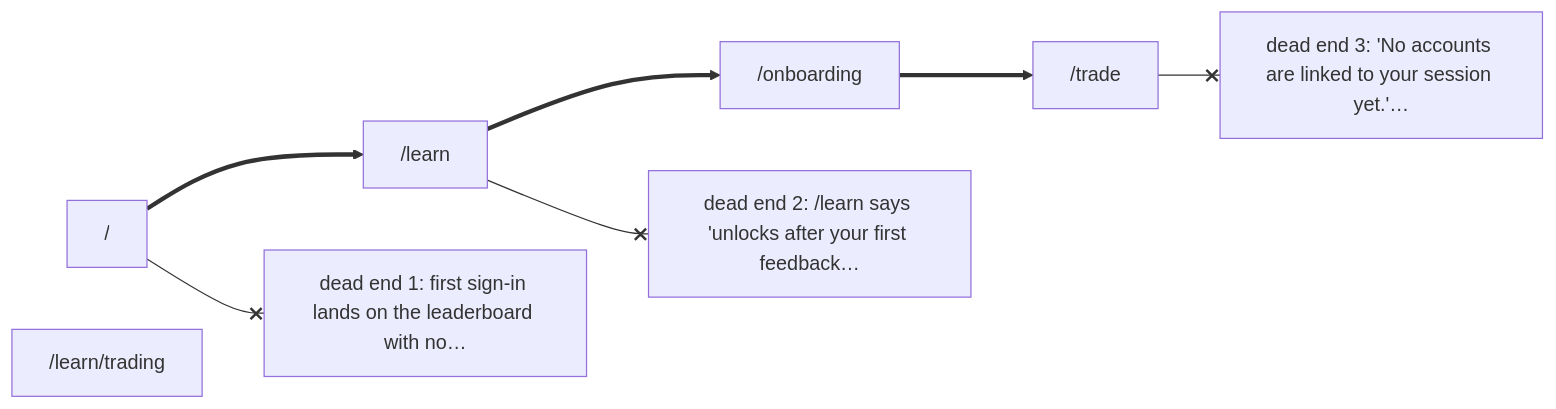
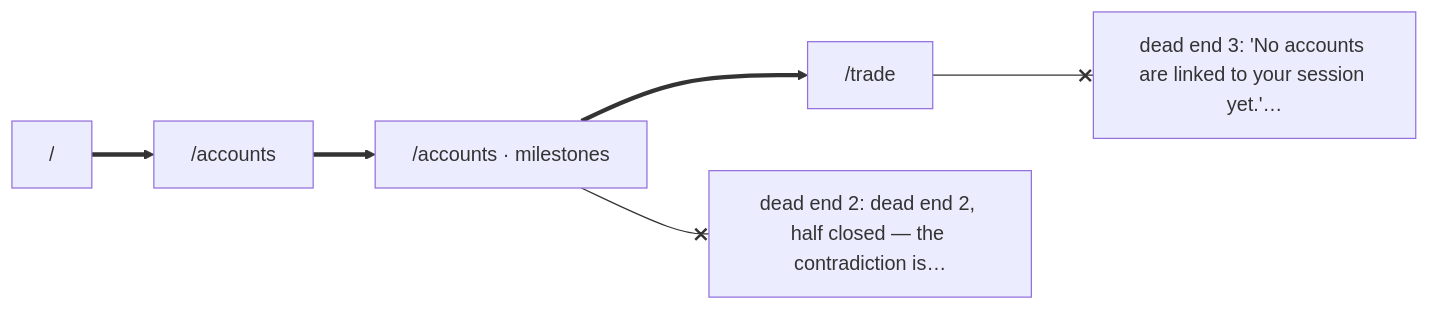
One commit to ejclark/skynet-capital changed the third of 5 diagrams in docs/members/maps.md. Above: the diagram before and after it, drawn with Mermaid. The commit also changed other lines of this file and 76 other files, not shown here.

First line of the commit message:
docs(members): the phase-2 crawl — dead ends before and after the lifts

````diff
--- a/docs/members/maps.md
+++ b/docs/members/maps.md
@@ -50,14 +46,12 @@
 ```mermaid
 flowchart LR
   r0["/"]
-  r1["/learn"]
-  r2["/onboarding"]
+  r1["/accounts"]
+  r2["/accounts · milestones"]
   r3["/trade"]
-  r4["/learn/trading"]
   r0 ==> r1
   r1 ==> r2
   r2 ==> r3
-  r0 --x d0["dead end 1: first sign-in lands on the leaderboard with no…"]
-  r1 --x d1["dead end 2: /learn says 'unlocks after your first feedback…"]
-  r3 --x d2["dead end 3: 'No accounts are linked to your session yet.'…"]
+  r2 --x d0["dead end 2: dead end 2, half closed — the contradiction is…"]
+  r3 --x d1["dead end 3: 'No accounts are linked to your session yet.'…"]
 ```
````
